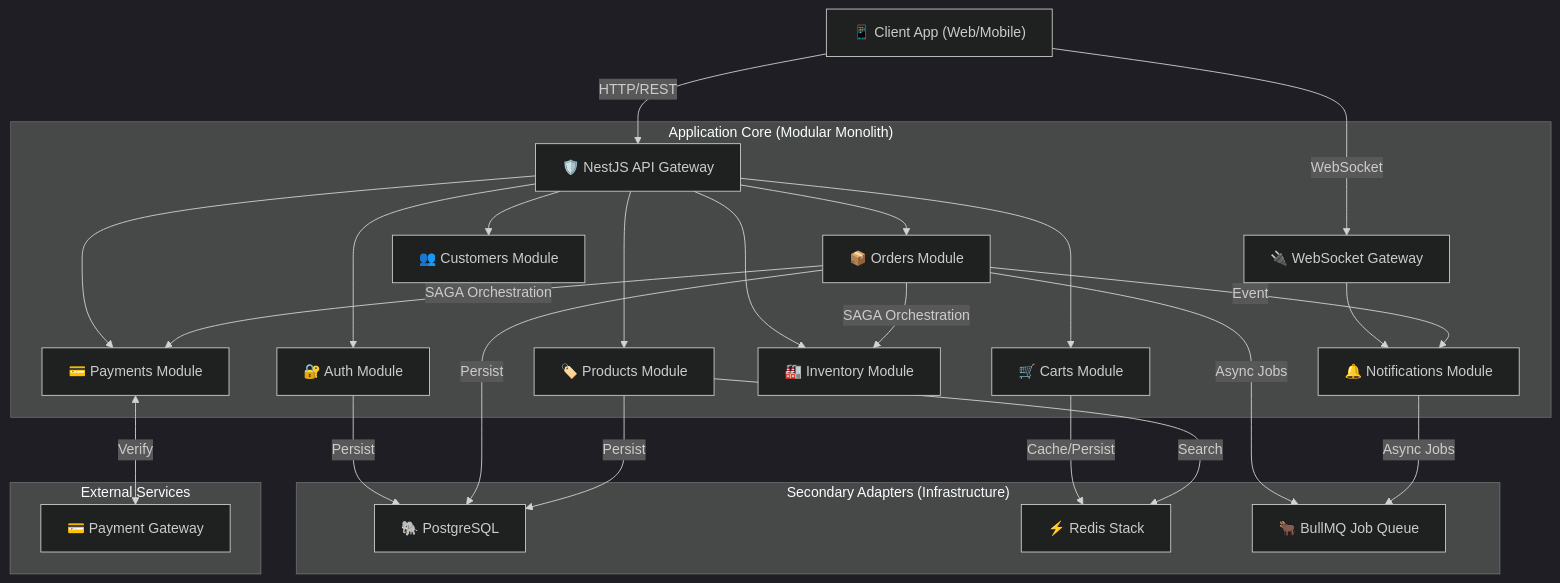
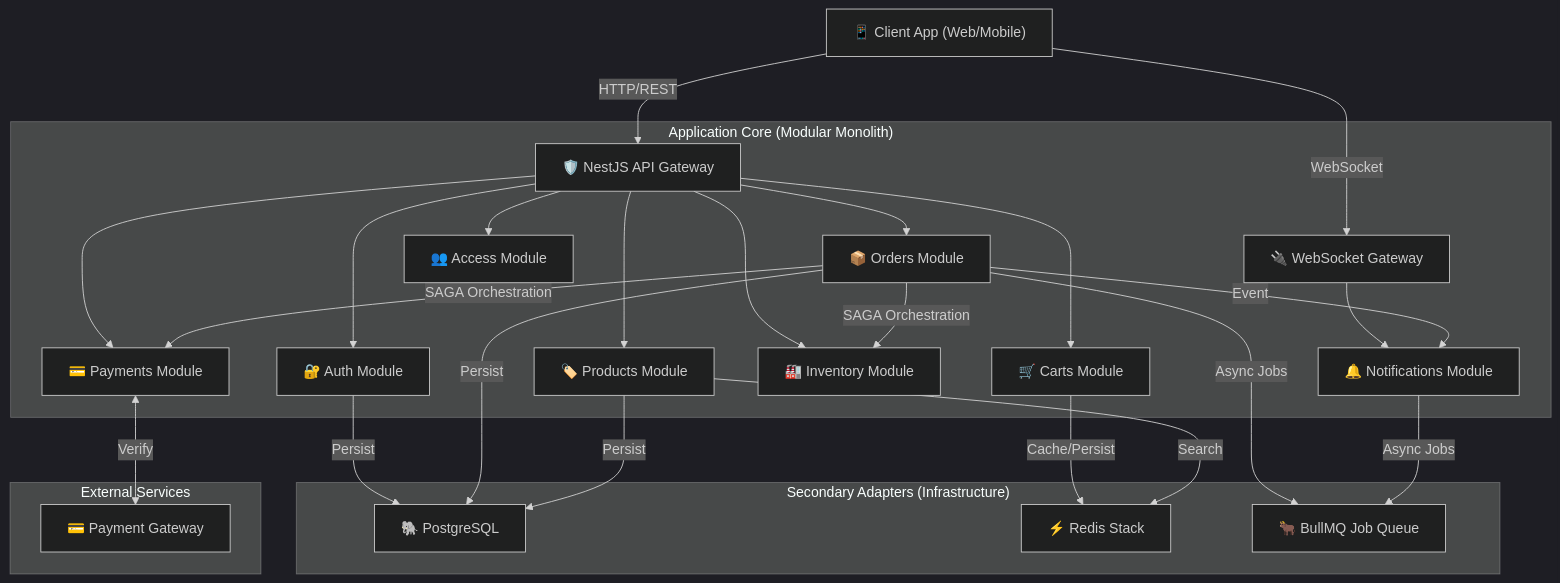
One commit to raouf-b-dev/ecommerce-store-api changed the third of 11 diagrams in docs/architecture/ARCHITECTURE.md. Above: the diagram before and after it, drawn with Mermaid (dark theme). The commit also changed other lines of this file and 10 other files, not shown here.

First line of the commit message:
ES-138: Refactor architecture documentation to replace 'Customers' with 'Access' and update related terminology

````diff
--- a/docs/architecture/ARCHITECTURE.md
+++ b/docs/architecture/ARCHITECTURE.md
@@ -123,37 +123,37 @@
 ```mermaid
 graph TD
     Client["📱 Client App (Web/Mobile)"] -->|HTTP/REST| API["🛡️ NestJS API Gateway"]
     Client -->|WebSocket| WS["🔌 WebSocket Gateway"]
 
     subgraph "Application Core (Modular Monolith)"
         API --> Auth["🔐 Auth Module"]
         API --> Orders["📦 Orders Module"]
         API --> Products["🏷️ Products Module"]
         API --> Carts["🛒 Carts Module"]
         API --> Payments["💳 Payments Module"]
         API --> Inventory["🏭 Inventory Module"]
-        API --> Customers["👥 Customers Module"]
+        API --> Access["👥 Access Module"]
 
         WS --> Notifications["🔔 Notifications Module"]
 
         Orders -->|SAGA Orchestration| Inventory
         Orders -->|SAGA Orchestration| Payments
         Orders -->|Event| Notifications
     end
 
     subgraph "Secondary Adapters (Infrastructure)"
         Auth -->|Persist| PG["🐘 PostgreSQL"]
         Orders -->|Persist| PG
         Products -->|Persist| PG
 
         Carts -->|Cache/Persist| Redis["⚡ Redis Stack"]
         Products -->|Search| Redis
 
         Orders -->|Async Jobs| BullMQ["🐂 BullMQ Job Queue"]
         Notifications -->|Async Jobs| BullMQ
     end
 
     subgraph "External Services"
         Payments <-->|Verify| Stripe["💳 Payment Gateway"]
     end
 ```
````
